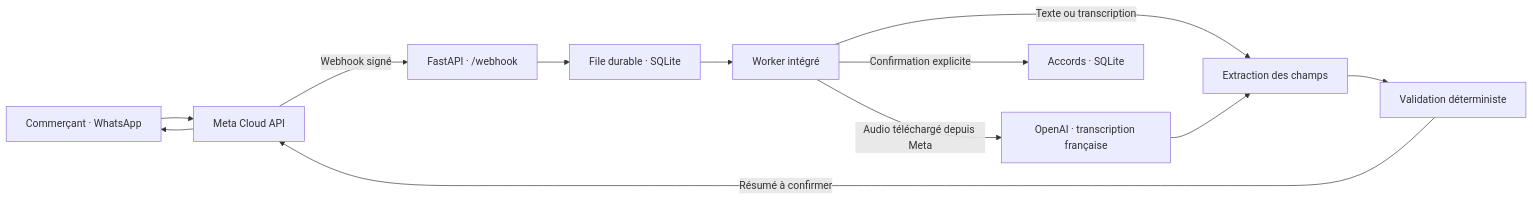
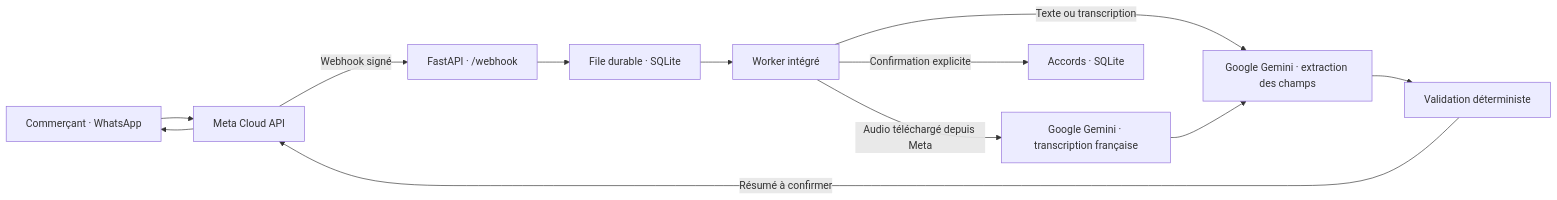
One commit to BurkimbIA/Bot_wumtaaba changed the diagram in docs/ARCHITECTURE.md. Above: the diagram before and after it, drawn with Mermaid. The commit also changed other lines of this file and 14 other files, not shown here.

````diff
--- a/docs/ARCHITECTURE.md
+++ b/docs/ARCHITECTURE.md
@@ -3,14 +3,14 @@
 ```mermaid
 flowchart LR
     U[Commerçant · WhatsApp] --> M[Meta Cloud API]
     M -->|Webhook signé| A[FastAPI · /webhook]
     A --> Q[File durable · SQLite]
     Q --> W[Worker intégré]
-    W -->|Texte ou transcription| E[Extraction des champs]
-    W -->|Audio téléchargé depuis Meta| O[OpenAI · transcription française]
+    W -->|Texte ou transcription| E[Google Gemini · extraction des champs]
+    W -->|Audio téléchargé depuis Meta| O[Google Gemini · transcription française]
     O --> E
     E --> V[Validation déterministe]
     V -->|Résumé à confirmer| M
     W -->|Confirmation explicite| D[Accords · SQLite]
     M --> U
 ```
````
